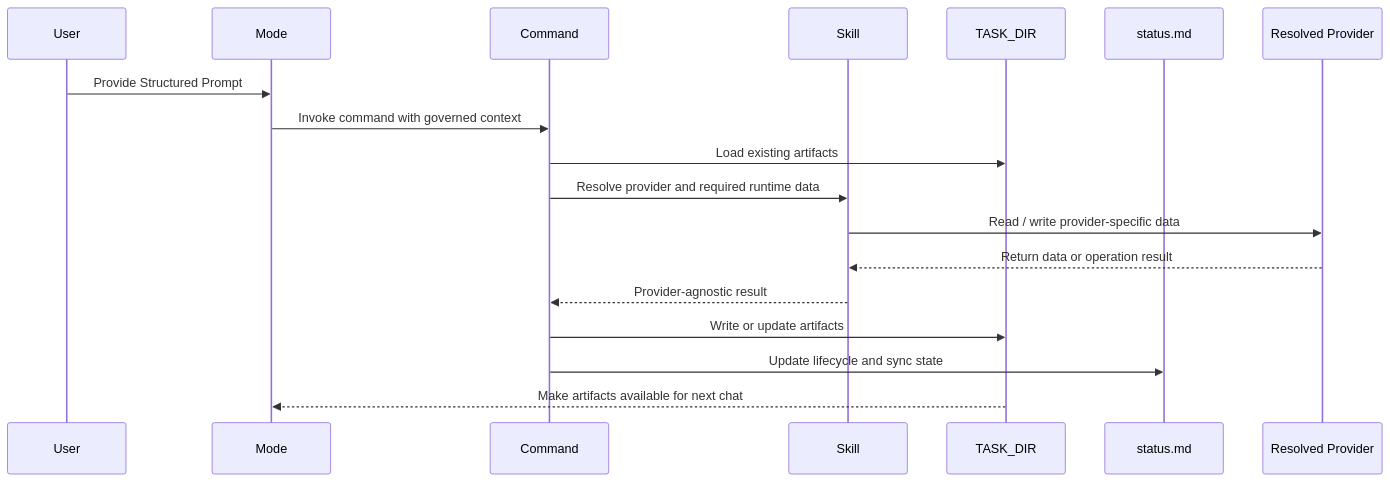
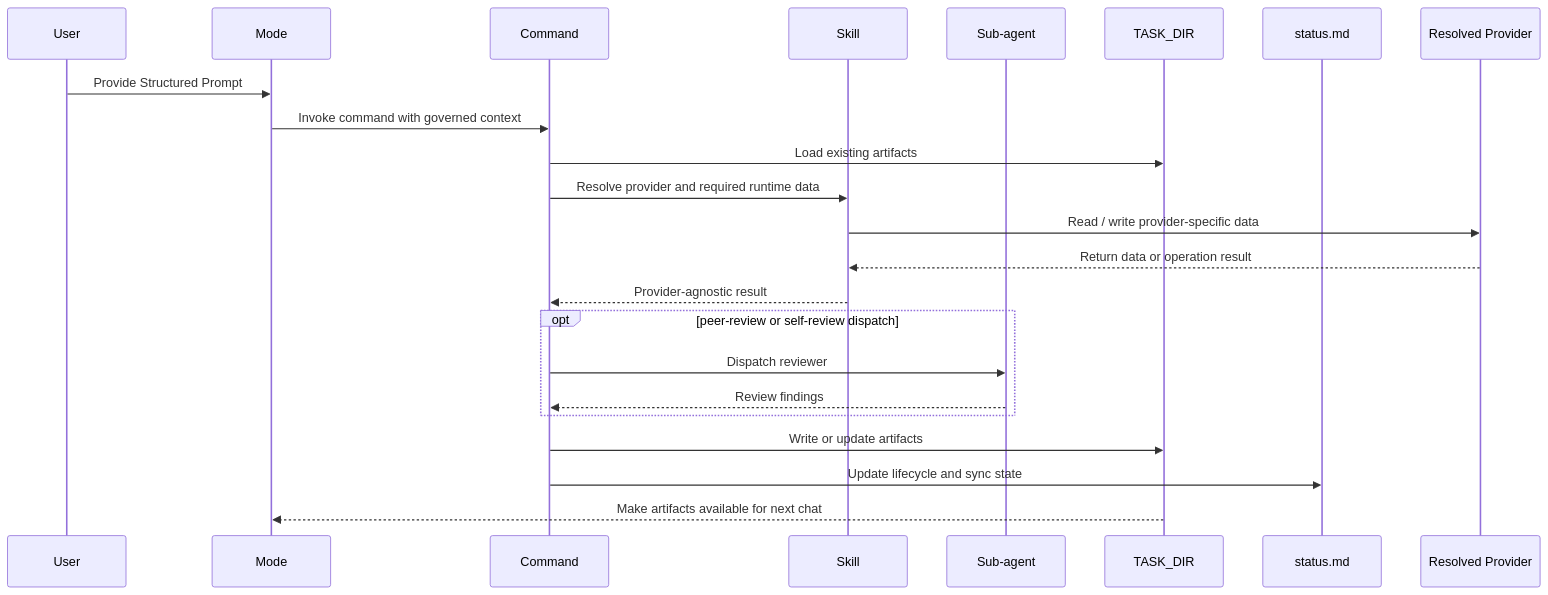
One commit to reeceGuerra/aias changed the third of 4 diagrams in docs/ARCHITECTURE.md. Above: the diagram before and after it, drawn with Mermaid. The commit also changed other lines of this file and 1 other file, not shown here.

Commit message:
[v9.0]: add sub-agents to Mermaid diagrams in ARCHITECTURE.md and README.md
- Detailed Interaction Map: SubAgents node in Execution Layer;
  dashed edges Command -.-> SubAgents (dispatch) and SubAgents -.-> Artifacts (findings)
- Provider-Mediated Execution Sequence: SubAgent participant added;
  opt block for peer-review / self-review dispatch before artifact write
- README Architecture at a Glance: Cmd -.-> SubA dispatch edge added

````diff
--- a/docs/ARCHITECTURE.md
+++ b/docs/ARCHITECTURE.md
@@ -291,21 +294,26 @@
 ```mermaid
 sequenceDiagram
     participant User
     participant Mode
     participant Command
     participant Skill
+    participant SubAgent as Sub-agent
     participant TaskDir as TASK_DIR
     participant Status as status.md
     participant Provider as Resolved Provider
 
     User->>Mode: Provide Structured Prompt
     Mode->>Command: Invoke command with governed context
     Command->>TaskDir: Load existing artifacts
     Command->>Skill: Resolve provider and required runtime data
     Skill->>Provider: Read / write provider-specific data
     Provider-->>Skill: Return data or operation result
     Skill-->>Command: Provider-agnostic result
+    opt peer-review or self-review dispatch
+        Command->>SubAgent: Dispatch reviewer
+        SubAgent-->>Command: Review findings
+    end
     Command->>TaskDir: Write or update artifacts
     Command->>Status: Update lifecycle and sync state
     TaskDir-->>Mode: Make artifacts available for next chat
 ```
````
